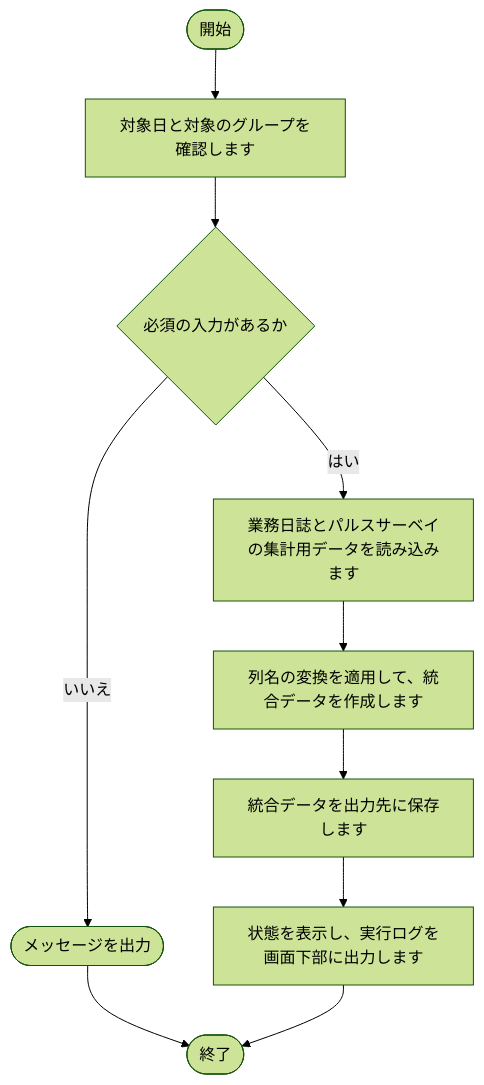
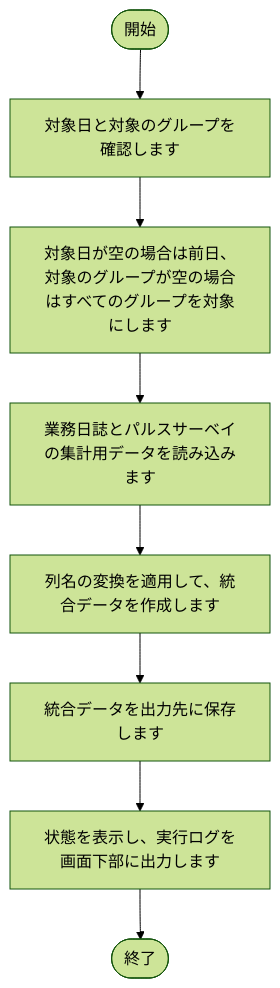
The fourth of 24 diagrams in tool/kintone-aggregator/doc/02_設計/処理フロー.md (nishida2073/project_management), drawn with Mermaid (forest theme) before and after one commit. The commit also changed other lines of this file and 16 other files, not shown here.

````diff
--- a/tool/kintone-aggregator/doc/02_設計/処理フロー.md
+++ b/tool/kintone-aggregator/doc/02_設計/処理フロー.md
@@ -127,21 +118,18 @@
 ```mermaid
 flowchart TD
     S(["開始"])
     E(["終了"])
     N1["対象日と対象のグループを確認します"]
     S --> N1
-    N2{"必須の入力があるか"}
-    X2(["メッセージを出力"])
-    X2 --> E
-    N2 -- いいえ --> X2
+    N2["対象日が空の場合は前日、対象のグループが空の場合はすべてのグループを対象にします"]
     N1 --> N2
     N3["業務日誌とパルスサーベイの集計用データを読み込みます"]
-    N2 -- はい --> N3
+    N2 --> N3
     N4["列名の変換を適用して、統合データを作成します"]
     N3 --> N4
     N5["統合データを出力先に保存します"]
     N4 --> N5
     N6["状態を表示し、実行ログを画面下部に出力します"]
     N5 --> N6
     N6 --> E
 ```
````
